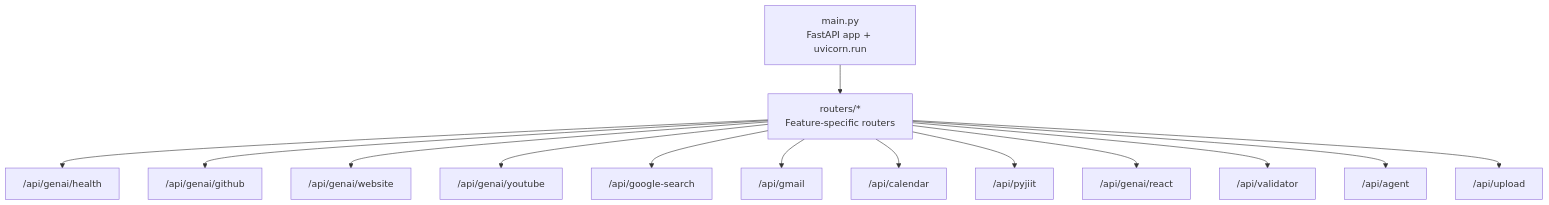
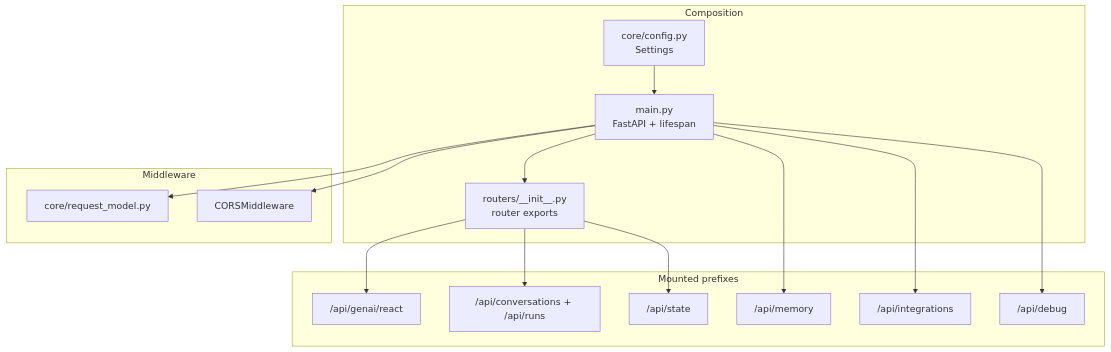
Before and after one commit to tashifkhan/tashif.codes: the first of 4 diagrams in src/data/docs/agentic-browser/API Server/API Overview.md, drawn with Mermaid. The commit also changed other lines of this file and 114 other files, not shown here.

````diff
--- a/src/data/docs/agentic-browser/API Server/API Overview.md
+++ b/src/data/docs/agentic-browser/API Server/API Overview.md
@@ -9,16 +17,30 @@
 ```mermaid
 graph TB
-A_main["main.py<br/>FastAPI app + uvicorn.run"] --> D_routers["routers/*<br/>Feature-specific routers"]
-D_routers --> E_health["/api/genai/health"]
-D_routers --> F_genai_github["/api/genai/github"]
-D_routers --> G_genai_website["/api/genai/website"]
-D_routers --> H_genai_youtube["/api/genai/youtube"]
-D_routers --> I_google_search["/api/google-search"]
-D_routers --> J_gmail["/api/gmail"]
-D_routers --> K_calendar["/api/calendar"]
-D_routers --> L_pyjiit["/api/pyjiit"]
-D_routers --> M_genai_react["/api/genai/react"]
-D_routers --> N_validator["/api/validator"]
-D_routers --> O_agent["/api/agent"]
-D_routers --> P_upload["/api/upload"]
+  subgraph "Composition"
+    MAIN["main.py<br/>FastAPI + lifespan"]
+    INIT["routers/__init__.py<br/>router exports"]
+    CFG["core/config.py<br/>Settings"]
+  end
+  subgraph "Middleware"
+    RM["core/request_model.py"]
+    CORS["CORSMiddleware"]
+  end
+  subgraph "Mounted prefixes"
+    P1["/api/genai/react"]
+    P2["/api/conversations + /api/runs"]
+    P3["/api/state"]
+    P4["/api/memory"]
+    P5["/api/integrations"]
+    P6["/api/debug"]
+  end
+  MAIN --> RM
+  MAIN --> CORS
+  MAIN --> INIT
+  INIT --> P1
+  INIT --> P2
+  INIT --> P3
+  MAIN --> P4
+  MAIN --> P5
+  MAIN --> P6
+  CFG --> MAIN
 ```
````
